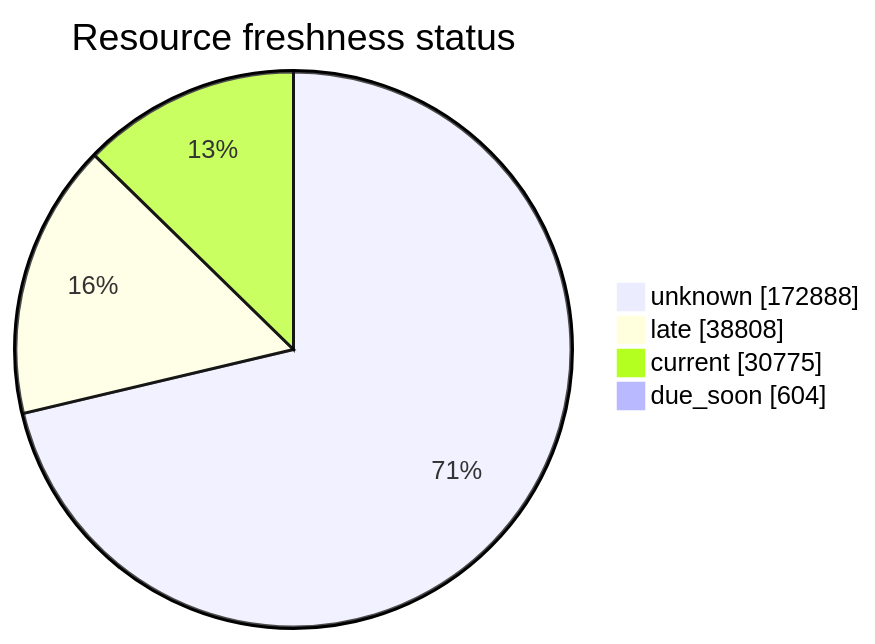
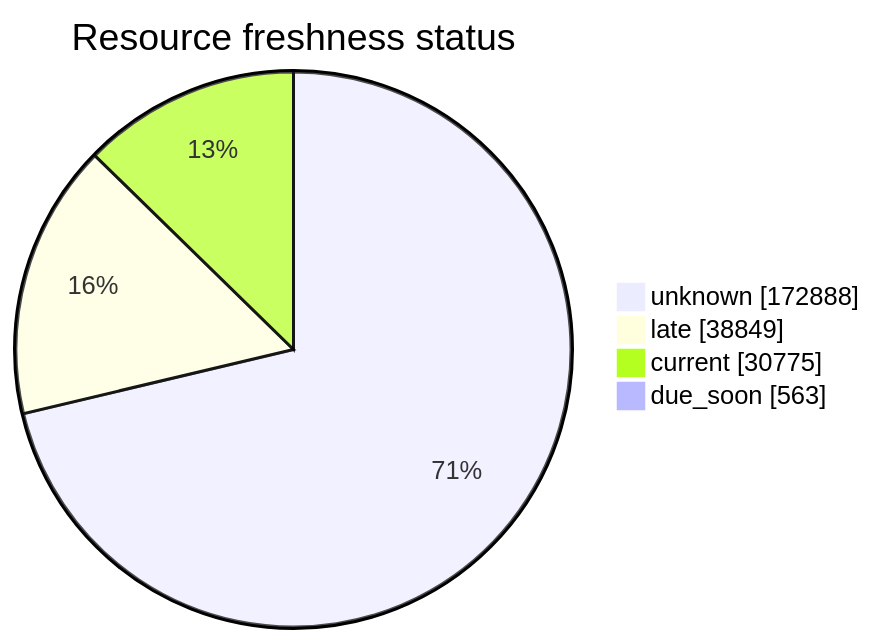
Before and after one commit to open-data/analytics-corporate-reporting: the third of 5 diagrams in FreshCheck/README.md, drawn with Mermaid. The commit also changed other lines of this file and 3 other files, not shown here.

````diff
--- a/FreshCheck/README.md
+++ b/FreshCheck/README.md
@@ -77,7 +77,7 @@
 ```mermaid
 pie showData title Resource freshness status
     "unknown": 172888
-    "late": 38808
+    "late": 38849
     "current": 30775
-    "due_soon": 604
+    "due_soon": 563
 ```
````
